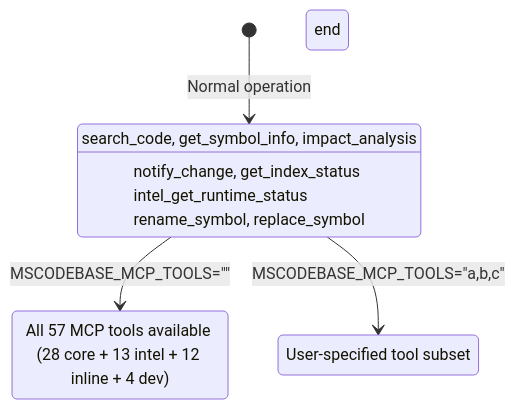
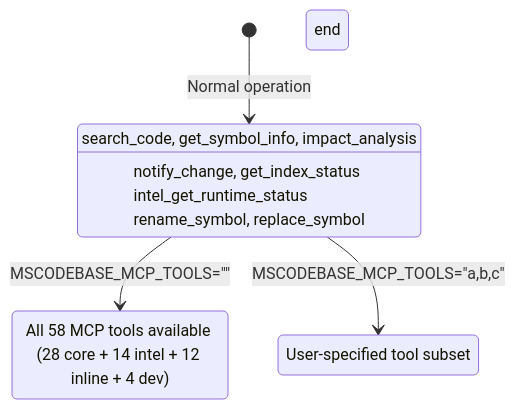
One commit to ManSio/mscodebase-intelligence changed the third of 4 diagrams in docs/en/GRACEFUL_DEGRADATION.md. Above: the diagram before and after it, drawn with Mermaid. The commit also changed 56 other files, not shown here.

````diff
--- a/docs/en/GRACEFUL_DEGRADATION.md
+++ b/docs/en/GRACEFUL_DEGRADATION.md
@@ -84,22 +84,22 @@
 ```mermaid
 stateDiagram-v2
     [*] --> DEFAULT_TOOLS: Normal operation
 
     state DEFAULT_TOOLS[Visible: 12 tools]
         DEFAULT_TOOLS: search_code, get_symbol_info, impact_analysis
         DEFAULT_TOOLS: notify_change, get_index_status
         DEFAULT_TOOLS: intel_get_runtime_status
         DEFAULT_TOOLS: rename_symbol, replace_symbol
     end
 
     DEFAULT_TOOLS --> ALL_TOOLS: MSCODEBASE_MCP_TOOLS=""
     DEFAULT_TOOLS --> CUSTOM_TOOLS: MSCODEBASE_MCP_TOOLS="a,b,c"
 
-    state ALL_TOOLS[Visible: 57 tools]
-        ALL_TOOLS: All 57 MCP tools available (28 core + 13 intel + 12 inline + 4 dev)
+    state ALL_TOOLS[Visible: 58 tools]
+        ALL_TOOLS: All 58 MCP tools available (28 core + 14 intel + 12 inline + 4 dev)
     end
 
     state CUSTOM_TOOLS[Custom selection]
         CUSTOM_TOOLS: User-specified tool subset
     end
 ```
````
